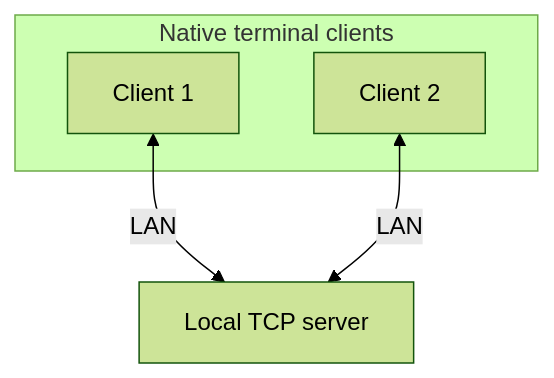
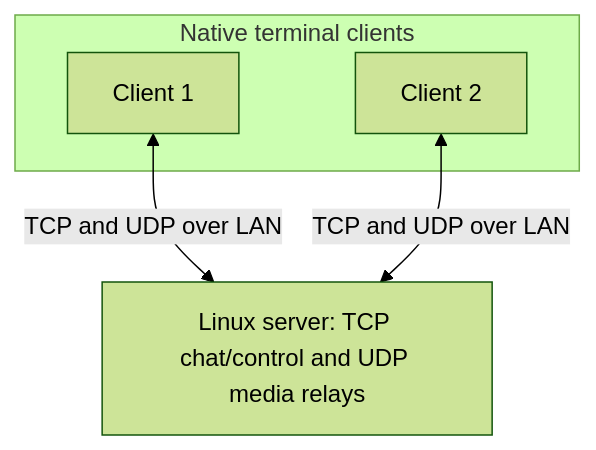
The diagram in README.md (JakobHallin/linux-communication-app), drawn with Mermaid (forest theme) before and after one commit. The commit also changed other lines of this file and 2 other files, not shown here.

````diff
--- a/README.md
+++ b/README.md
@@ -22,10 +24,10 @@
 ```mermaid
 flowchart TB
     subgraph LocalClients[Native terminal clients]
         C1[Client 1]
         C2[Client 2]
     end
-    S[Local TCP server]
-    C1 <-->|LAN| S
-    C2 <-->|LAN| S
+    S[Linux server: TCP chat/control and UDP media relays]
+    C1 <-->|TCP and UDP over LAN| S
+    C2 <-->|TCP and UDP over LAN| S
 ```
````
